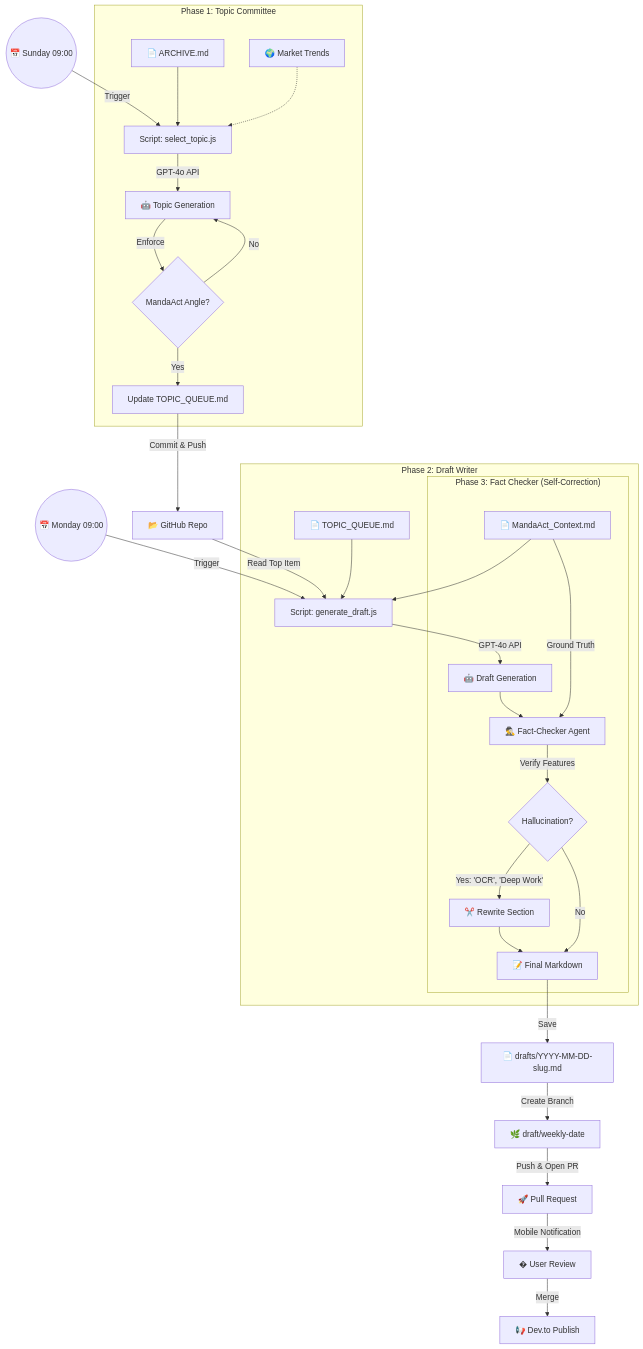
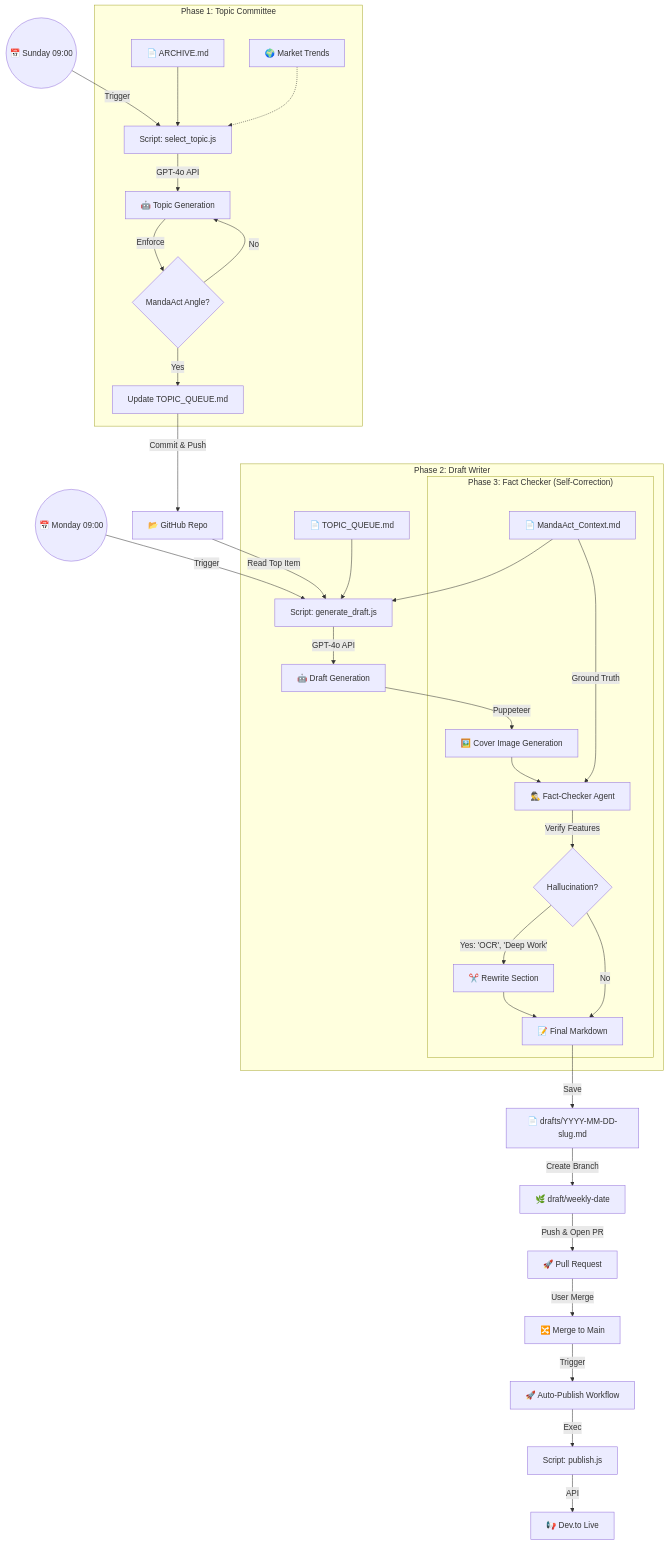
Before and after one commit to hevi35-coder/content-publisher: the diagram in AUTOMATION_FLOW.md, drawn with Mermaid. The commit also changed 1 other file, not shown here.

Commit message:
docs: update workflow diagram and readme

````diff
--- a/AUTOMATION_FLOW.md
+++ b/AUTOMATION_FLOW.md
@@ -5,53 +5,56 @@
 ```mermaid
 graph TD
     %% Schedules
     Sunday((📅 Sunday 09:00)) -->|Trigger| TopicCommittee
     Monday((📅 Monday 09:00)) -->|Trigger| DraftWriter
 
     %% Phase 1: Topic Selection
     subgraph "Phase 1: Topic Committee"
         TopicCommittee[Script: select_topic.js]
         
         Archive[📄 ARCHIVE.md] --> TopicCommittee
         Trends[🌍 Market Trends] -.-> TopicCommittee
         
         TopicCommittee -->|GPT-4o API| AI_Topic[🤖 Topic Generation]
         AI_Topic -->|Enforce| MandaActAngle{MandaAct Angle?}
         
         MandaActAngle -- Yes --> QueueUpd[Update TOPIC_QUEUE.md]
         MandaActAngle -- No --> AI_Topic
     end
 
     %% Connection
     QueueUpd -->|Commit & Push| Repo[📂 GitHub Repo]
     Repo -->|Read Top Item| DraftWriter
 
     %% Phase 2: Draft Generation
     subgraph "Phase 2: Draft Writer"
         DraftWriter[Script: generate_draft.js]
         
         Context[📄 MandaAct_Context.md] --> DraftWriter
         Queue[📄 TOPIC_QUEUE.md] --> DraftWriter
         
         DraftWriter -->|GPT-4o API| AI_Draft[🤖 Draft Generation]
-        
+        AI_Draft -->|Puppeteer| CoverGen[🖼️ Cover Image Generation]
+
         %% Phase 3: Fact Checker
         subgraph "Phase 3: Fact Checker (Self-Correction)"
-            AI_Draft --> FactCheck[🕵️‍♂️ Fact-Checker Agent]
+            CoverGen --> FactCheck[🕵️‍♂️ Fact-Checker Agent]
             Context -->|Ground Truth| FactCheck
             
             FactCheck -->|Verify Features| Hallucination{Hallucination?}
             Hallucination -- Yes: 'OCR', 'Deep Work' --> Fix[✂️ Rewrite Section] --> FinalDraft
             Hallucination -- No --> FinalDraft[📝 Final Markdown]
         end
     end
 
     %% Phase 4: Delivery
     FinalDraft -->|Save| DraftFile[📄 drafts/YYYY-MM-DD-slug.md]
     DraftFile -->|Create Branch| Branch[🌿 draft/weekly-date]
     Branch -->|Push & Open PR| PR[🚀 Pull Request]
     
     %% User Action
-    PR -->|Mobile Notification| UserPhone[� User Review]
-    UserPhone -->|Merge| Deploy[📢 Dev.to Publish]
+    PR -->|User Merge| Merge[🔀 Merge to Main]
+    Merge -->|Trigger| AutoPublish[🚀 Auto-Publish Workflow]
+    AutoPublish -->|Exec| PublishScript[Script: publish.js]
+    PublishScript -->|API| DevTo[📢 Dev.to Live]
 ```
````
